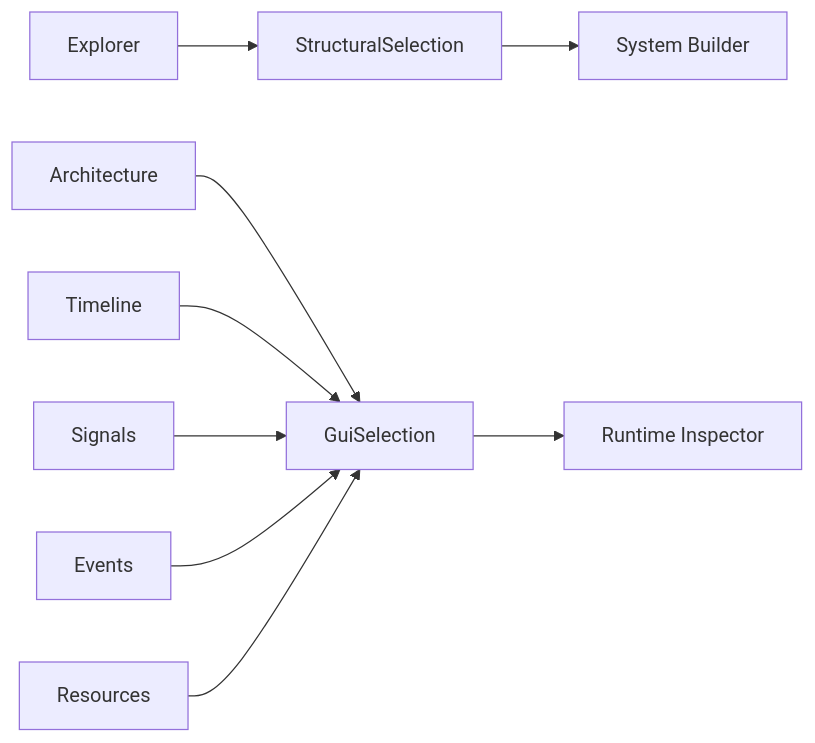
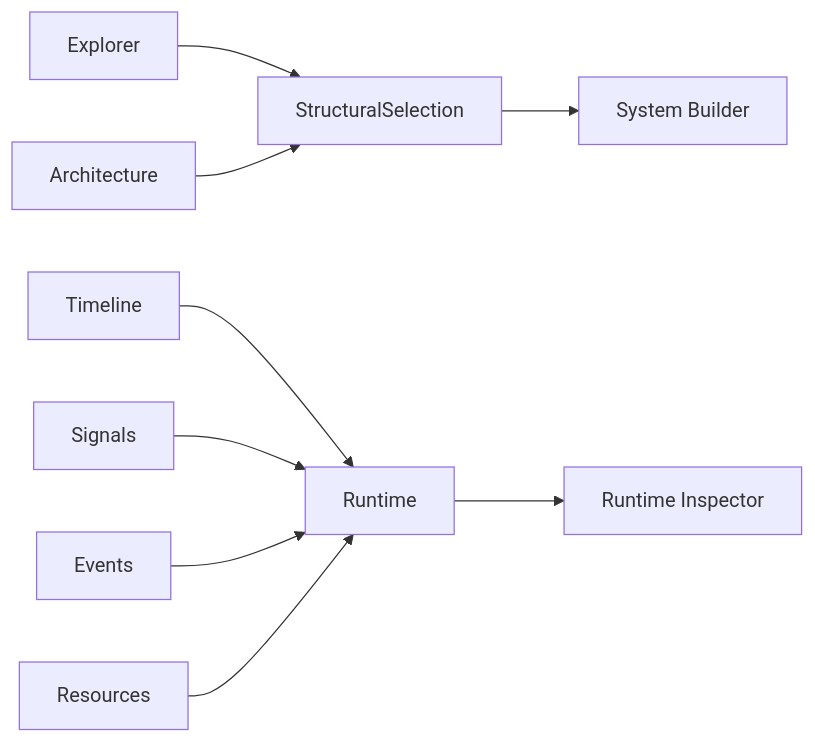
The fourth of 4 diagrams in docs/gui/GUI_ARCHITECTURE.md (gaochuanchao/CPSSim), drawn with Mermaid before and after one commit. The commit also changed other lines of this file and 41 other files, not shown here.

````diff
--- a/docs/gui/GUI_ARCHITECTURE.md
+++ b/docs/gui/GUI_ARCHITECTURE.md
@@ -303,11 +338,11 @@
 ```mermaid
 flowchart LR
     Explorer --> Structural[StructuralSelection]
     Structural --> Builder[System Builder]
-    Architecture --> Runtime[GuiSelection]
+    Architecture --> Structural[StructuralSelection]
     Timeline --> Runtime
     Signals --> Runtime
     Events --> Runtime
     Resources --> Runtime
     Runtime --> Inspector[Runtime Inspector]
 ```
````
